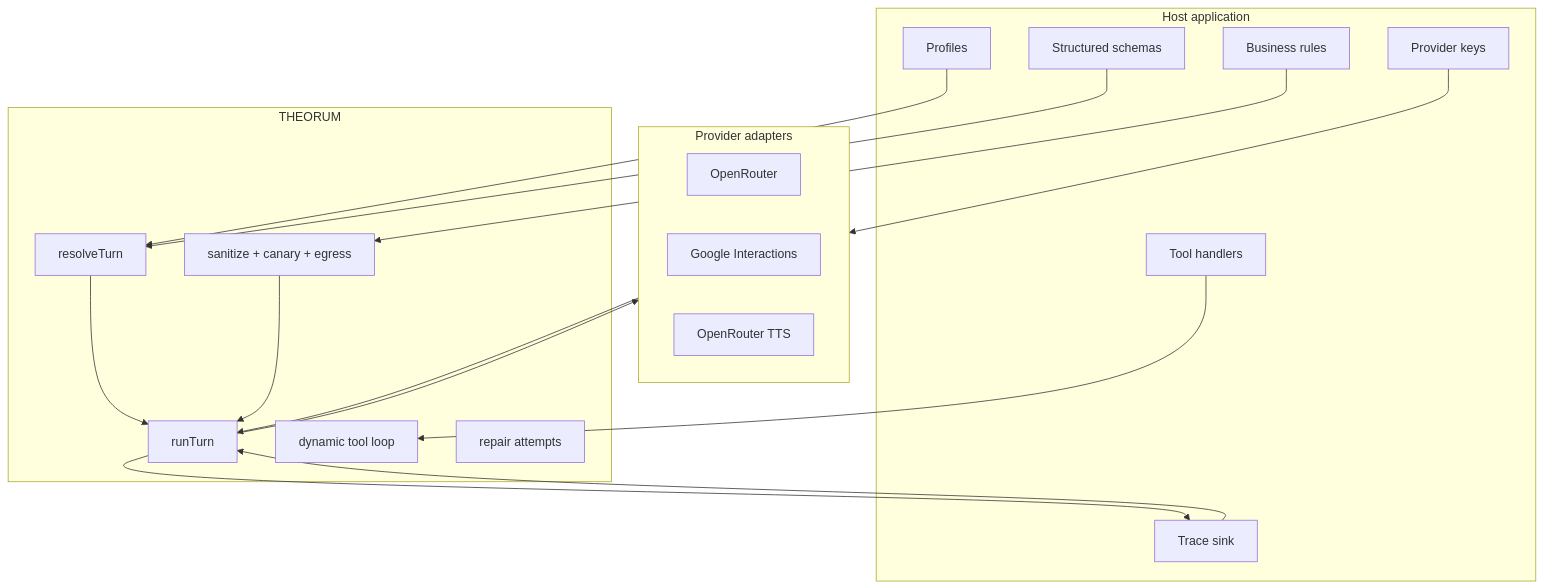
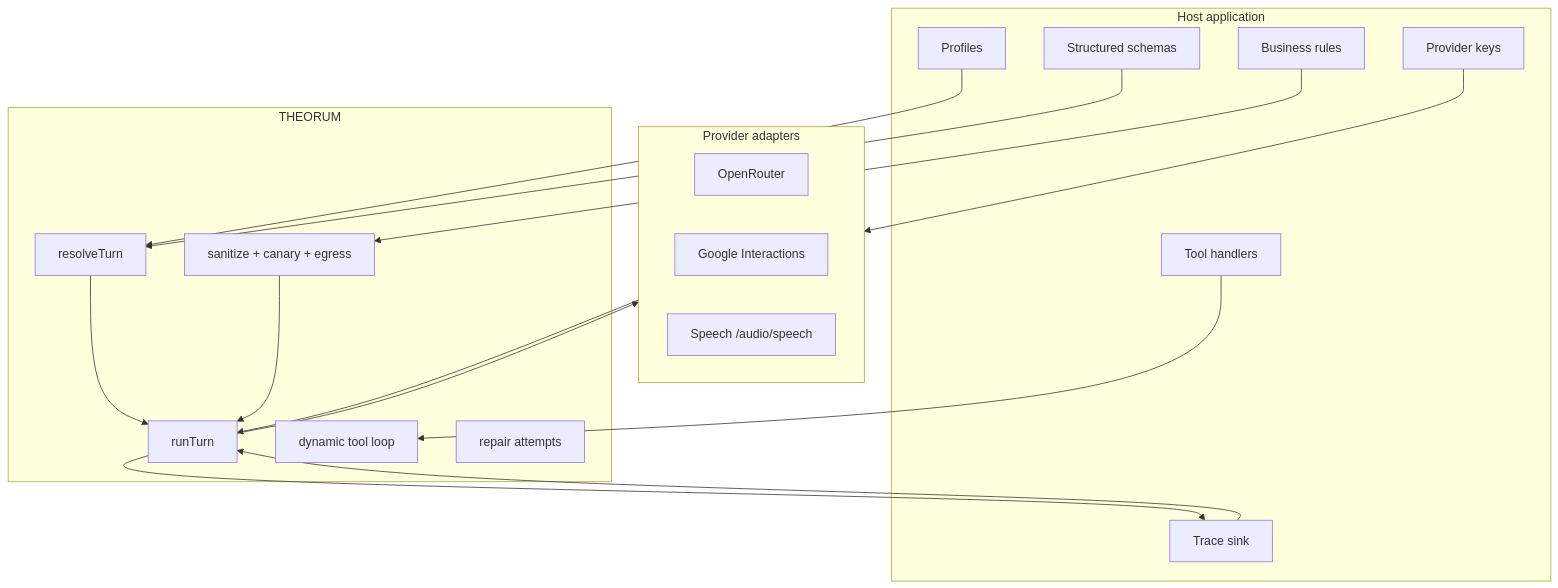
One commit to masudl-hub/theorum changed the first of 2 diagrams in README.md. Above: the diagram before and after it, drawn with Mermaid. The commit also changed other lines of this file and 56 other files, not shown here.

````diff
--- a/README.md
+++ b/README.md
@@ -45,37 +45,37 @@
 ```mermaid
 flowchart TD
     subgraph Host["Host application"]
         Profile["Profiles"]
         Schemas["Structured schemas"]
         Tools["Tool handlers"]
         Keys["Provider keys"]
         TraceSink["Trace sink"]
         Policy["Business rules"]
     end
 
     subgraph Kernel["THEORUM"]
         Resolve["resolveTurn"]
         Guard["sanitize + canary + egress"]
         Runner["runTurn"]
         ToolLoop["dynamic tool loop"]
         Repair["repair attempts"]
     end
 
     subgraph Providers["Provider adapters"]
         OR["OpenRouter"]
         GI["Google Interactions"]
-        TTS["OpenRouter TTS"]
+        TTS["Speech /audio/speech"]
     end
 
     Profile --> Resolve
     Schemas --> Resolve
     Tools --> ToolLoop
     Keys --> Providers
     TraceSink --> Runner
     Policy --> Guard
     Resolve --> Runner
     Guard --> Runner
     Runner --> Providers
     Providers --> Runner
     Runner --> TraceSink
 ```
````
